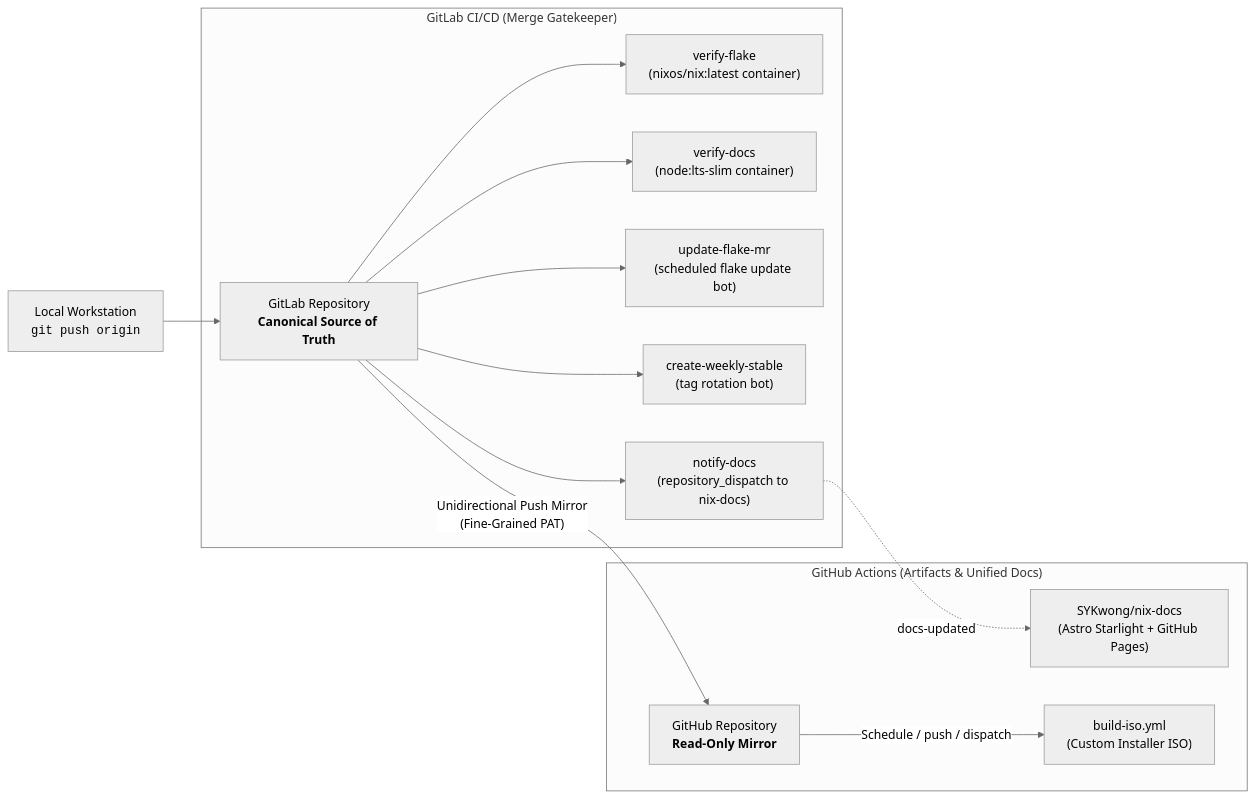
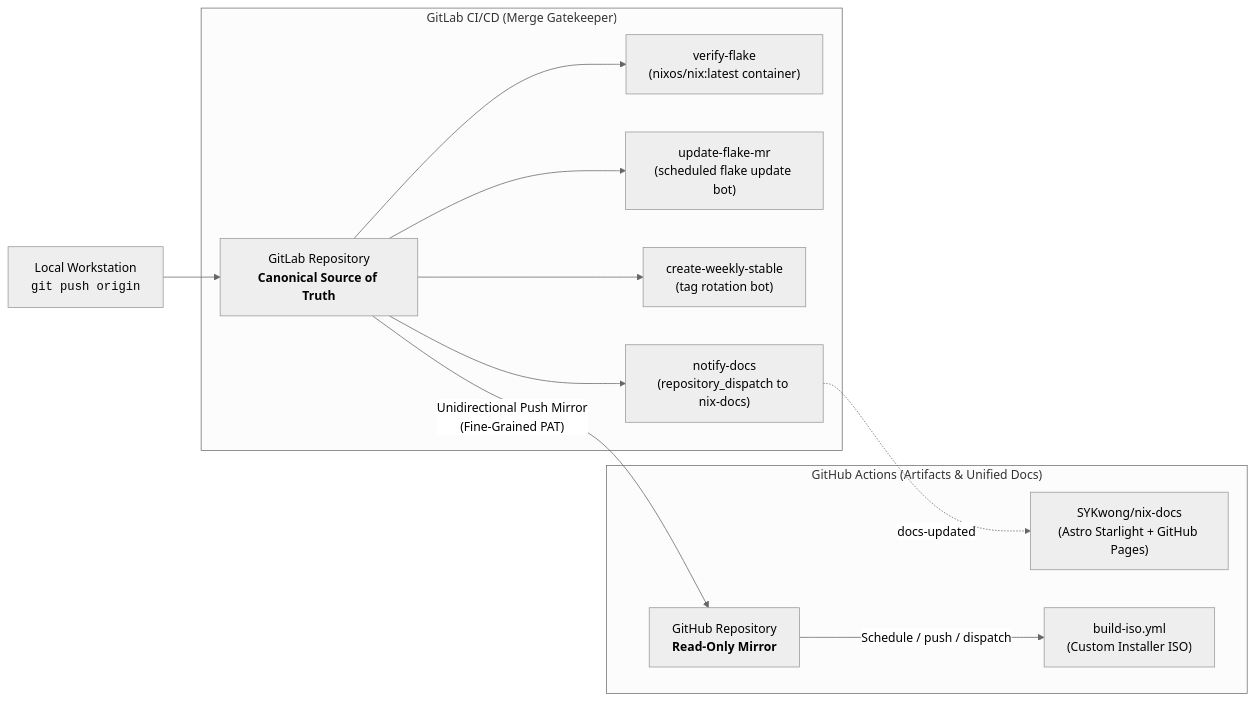
The first of 2 diagrams in docs/src/content/docs/split-ci.md (SYKwong/nix-config), drawn with Mermaid (neutral theme) before and after one commit. The commit also changed 12 other files, not shown here.

````diff
--- a/docs/src/content/docs/split-ci.md
+++ b/docs/src/content/docs/split-ci.md
@@ -18,19 +18,18 @@
 ```mermaid
 flowchart LR
     dev["Local Workstation<br/><code>git push origin</code>"] --> gitlab["GitLab Repository<br/><b>Canonical Source of Truth</b>"]
 
     subgraph gitlab_ci ["GitLab CI/CD (Merge Gatekeeper)"]
         gitlab --> test["verify-flake<br/>(nixos/nix:latest container)"]
-        gitlab --> docs_check["verify-docs<br/>(node:lts-slim container)"]
         gitlab --> lock_bot["update-flake-mr<br/>(scheduled flake update bot)"]
         gitlab --> stable_tag["create-weekly-stable<br/>(tag rotation bot)"]
         gitlab --> notify_docs["notify-docs<br/>(repository_dispatch to nix-docs)"]
     end
 
     gitlab -- "Unidirectional Push Mirror<br/>(Fine-Grained PAT)" --> github["GitHub Repository<br/><b>Read-Only Mirror</b>"]
 
     subgraph github_actions ["GitHub Actions (Artifacts & Unified Docs)"]
         notify_docs -. "docs-updated" .-> nix_docs["SYKwong/nix-docs<br/>(Astro Starlight + GitHub Pages)"]
         github -- "Schedule / push / dispatch" --> build_iso["build-iso.yml<br/>(Custom Installer ISO)"]
     end
 ```
````
